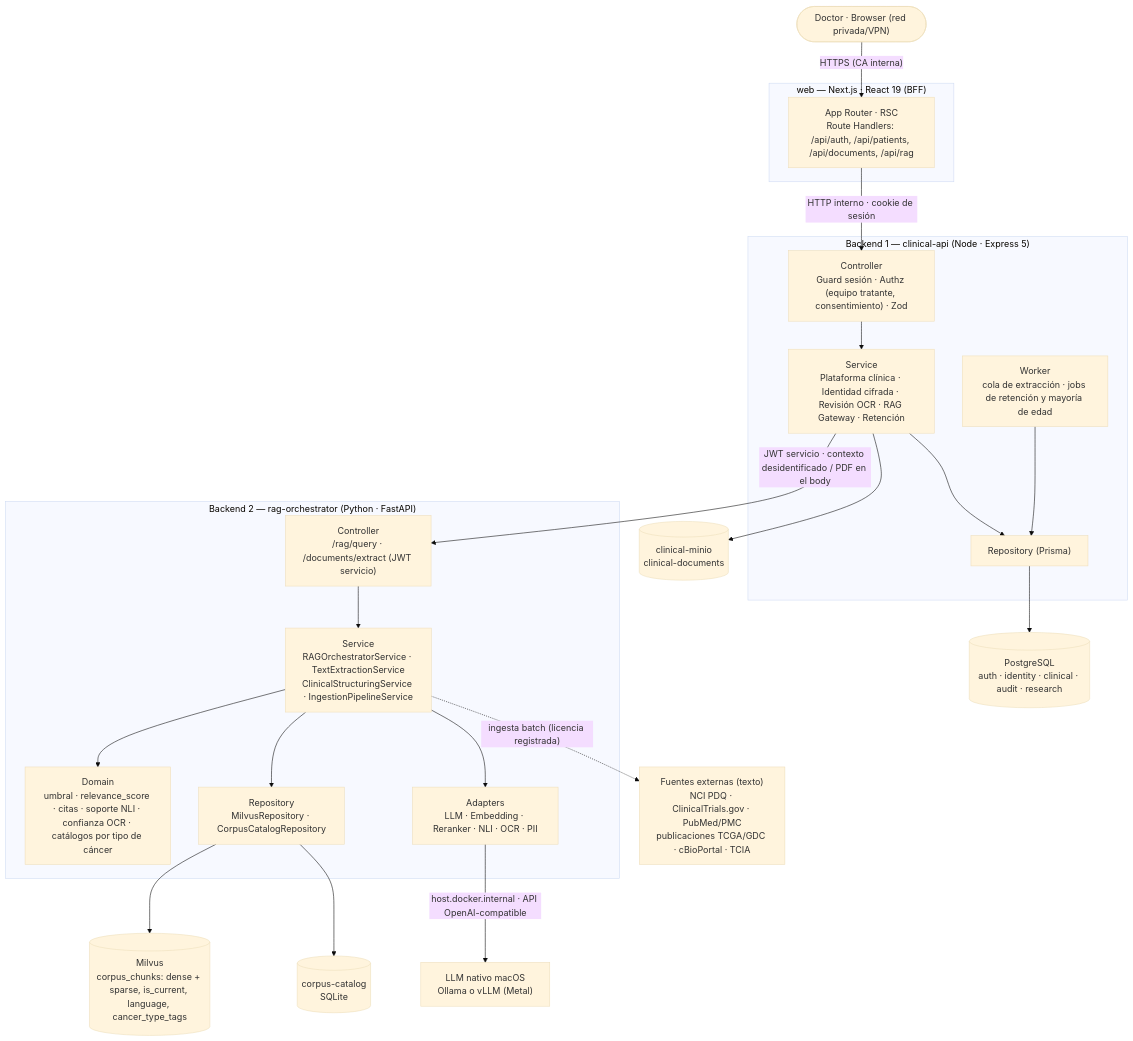
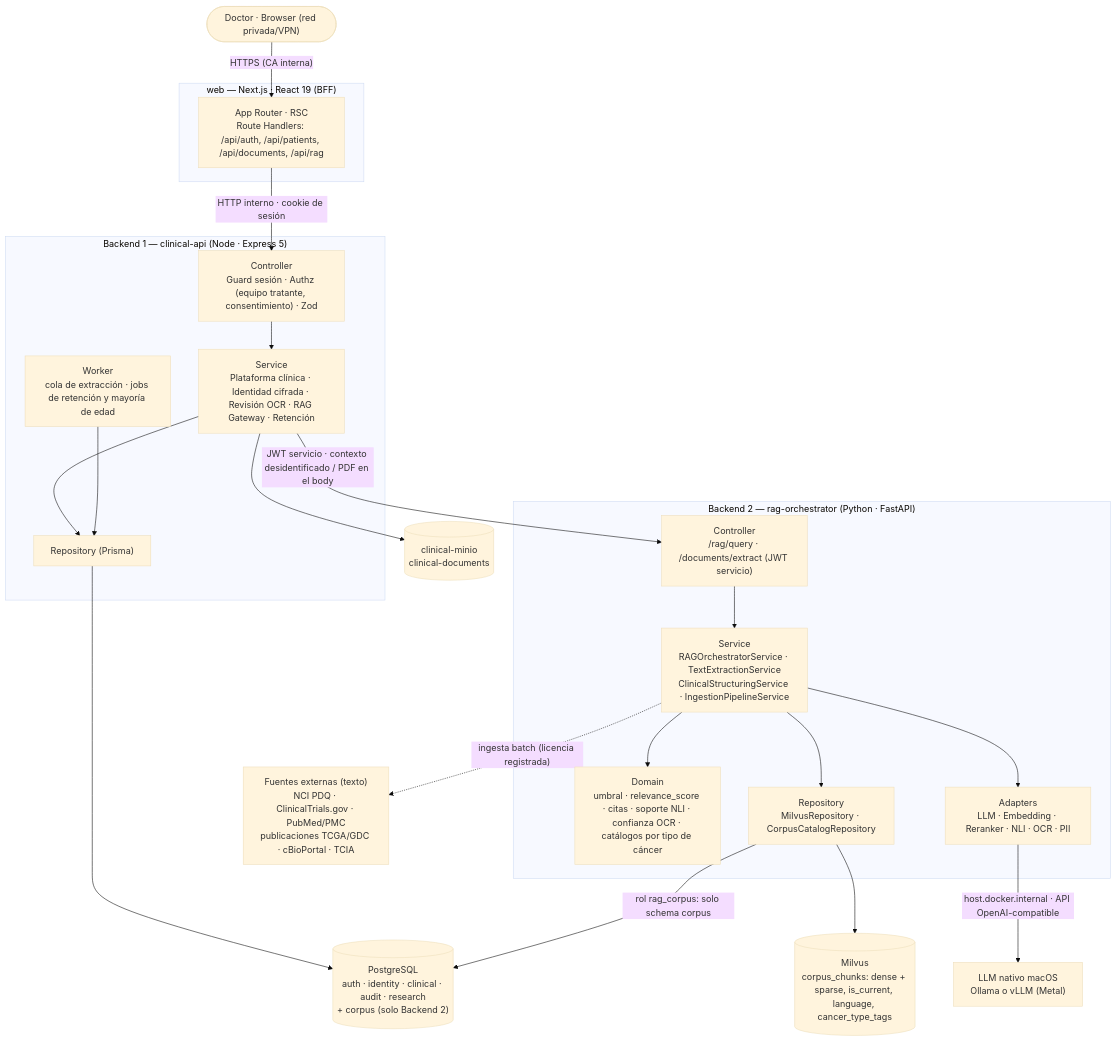
Before and after one commit to hatrickmario/OncoLens-Lab: the first of 7 diagrams in readme.md, drawn with Mermaid (base theme). The commit also changed other lines of this file and 1 other file, not shown here.

First line of the commit message:
Use only PostgreSQL and Milvus: corpus catalog in `corpus` schema (D-42)

````diff
--- a/readme.md
+++ b/readme.md
@@ -157,47 +158,46 @@
 ```mermaid
 flowchart TD
     Doctor(["Doctor · Browser (red privada/VPN)"])
 
     subgraph FE["web — Next.js · React 19 (BFF)"]
         Next["App Router · RSC<br/>Route Handlers: /api/auth, /api/patients, /api/documents, /api/rag"]
     end
 
     subgraph BE1["Backend 1 — clinical-api (Node · Express 5)"]
         C1["Controller<br/>Guard sesión · Authz (equipo tratante, consentimiento) · Zod"]
         S1["Service<br/>Plataforma clínica · Identidad cifrada · Revisión OCR · RAG Gateway · Retención"]
         W1["Worker<br/>cola de extracción · jobs de retención y mayoría de edad"]
         R1["Repository (Prisma)"]
         C1 --> S1 --> R1
         W1 --> R1
     end
 
-    PG[("PostgreSQL<br/>auth · identity · clinical · audit · research")]
+    PG[("PostgreSQL<br/>auth · identity · clinical · audit · research<br/>+ corpus (solo Backend 2)")]
     CM[("clinical-minio<br/>clinical-documents")]
 
     subgraph BE2["Backend 2 — rag-orchestrator (Python · FastAPI)"]
         C2["Controller<br/>/rag/query · /documents/extract (JWT servicio)"]
         S2["Service<br/>RAGOrchestratorService · TextExtractionService<br/>ClinicalStructuringService · IngestionPipelineService"]
         D2["Domain<br/>umbral · relevance_score · citas · soporte NLI · confianza OCR · catálogos por tipo de cáncer"]
         R2["Repository<br/>MilvusRepository · CorpusCatalogRepository"]
         A2["Adapters<br/>LLM · Embedding · Reranker · NLI · OCR · PII"]
         C2 --> S2
         S2 --> D2
         S2 --> R2
         S2 --> A2
     end
 
     Milvus[("Milvus<br/>corpus_chunks: dense + sparse, is_current, language, cancer_type_tags")]
-    CAT[("corpus-catalog<br/>SQLite")]
     LLM["LLM nativo macOS<br/>Ollama o vLLM (Metal)"]
     Ext["Fuentes externas (texto)<br/>NCI PDQ · ClinicalTrials.gov · PubMed/PMC<br/>publicaciones TCGA/GDC · cBioPortal · TCIA"]
 
     Doctor -- "HTTPS (CA interna)" --> Next
     Next -- "HTTP interno · cookie de sesión" --> C1
     R1 --> PG
     S1 --> CM
     S1 -- "JWT servicio · contexto desidentificado / PDF en el body" --> C2
     R2 --> Milvus
-    R2 --> CAT
+    R2 -- "rol rag_corpus: solo schema corpus" --> PG
     A2 -- "host.docker.internal · API OpenAI-compatible" --> LLM
     S2 -. "ingesta batch (licencia registrada)" .-> Ext
 ```
````
